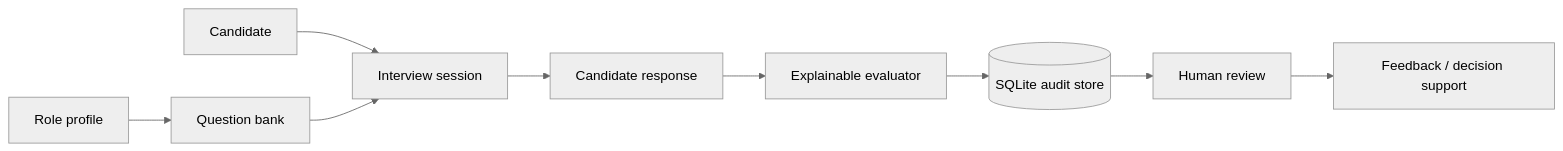
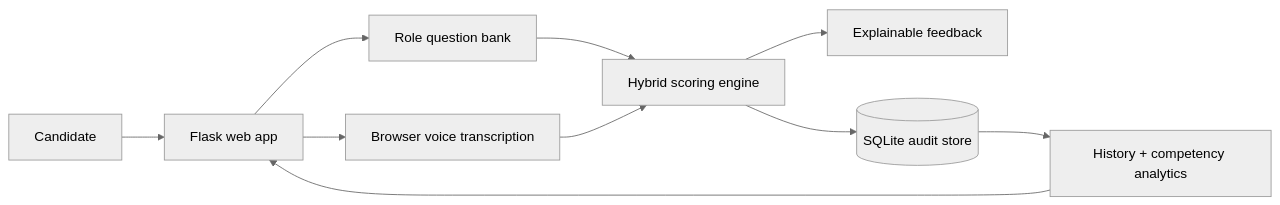
One commit to rsswethaa/mockhire-ai-interview-platform changed the diagram in README.md. Above: the diagram before and after it, drawn with Mermaid (neutral theme). The commit also changed other lines of this file, not shown here.

````diff
--- a/README.md
+++ b/README.md
@@ -18,11 +25,12 @@
 ```mermaid
 flowchart LR
-  R[Role profile] --> Q[Question bank]
-  C[Candidate] --> S[Interview session]
-  Q --> S
-  S --> A[Candidate response]
-  A --> E[Explainable evaluator]
-  E --> DB[(SQLite audit store)]
-  DB --> H[Human review]
-  H --> F[Feedback / decision support]
+  U[Candidate] --> W[Flask web app]
+  W --> Q[Role question bank]
+  W --> V[Browser voice transcription]
+  Q --> S[Hybrid scoring engine]
+  V --> S
+  S --> R[Explainable feedback]
+  S --> DB[(SQLite audit store)]
+  DB --> A[History + competency analytics]
+  A --> W
 ```
````
